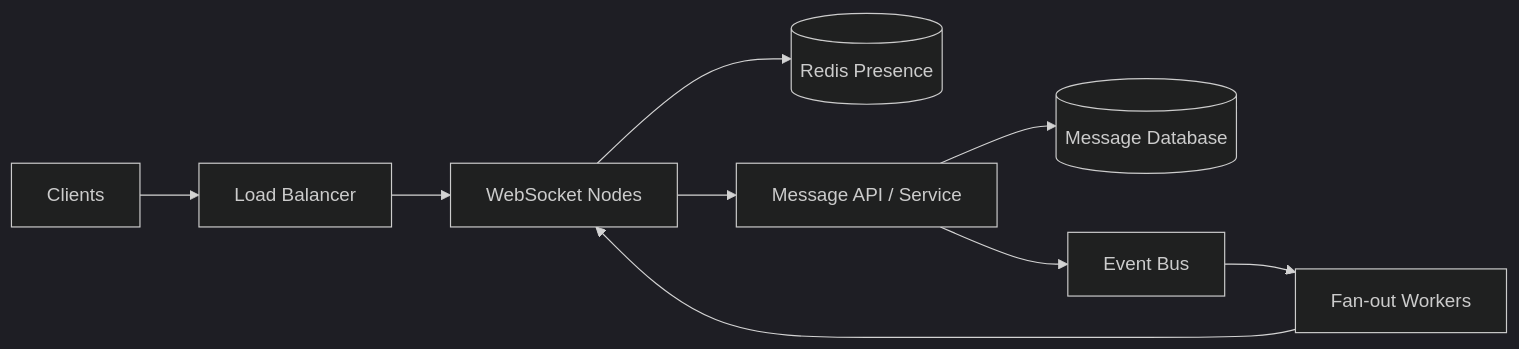
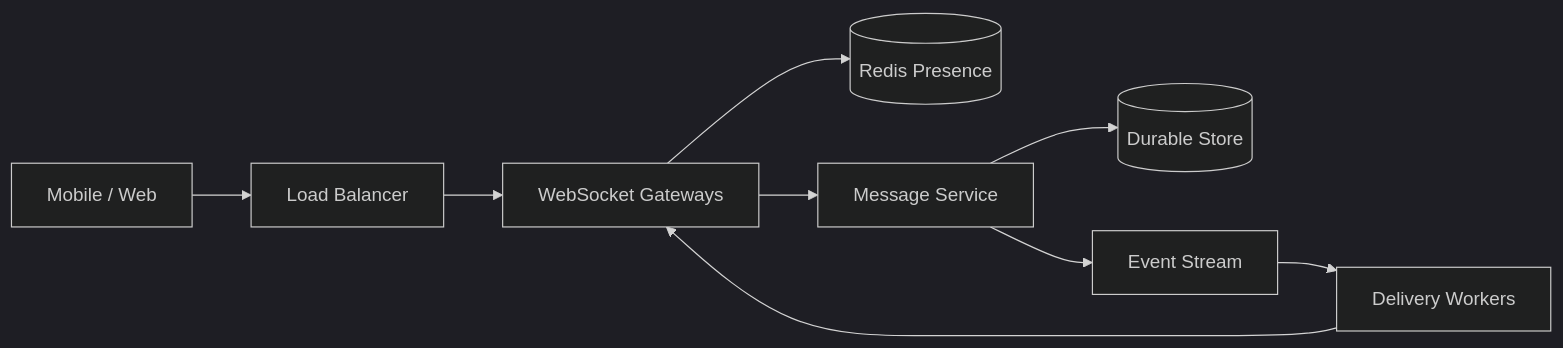
Before and after one commit to flutter-create-ani/flutter-create-ani: the second of 3 diagrams in README.md, drawn with Mermaid (dark theme). The commit also changed other lines of this file, not shown here.

````diff
--- a/README.md
+++ b/README.md
@@ -96,11 +154,11 @@
 ```mermaid
 flowchart LR
-  A[Clients] --> B[Load Balancer]
-  B --> C[WebSocket Nodes]
+  A[Mobile / Web] --> B[Load Balancer]
+  B --> C[WebSocket Gateways]
   C --> D[(Redis Presence)]
-  C --> E[Message API / Service]
-  E --> F[(Message Database)]
-  E --> G[Event Bus]
-  G --> H[Fan-out Workers]
+  C --> E[Message Service]
+  E --> F[(Durable Store)]
+  E --> G[Event Stream]
+  G --> H[Delivery Workers]
   H --> C
 ```
````
